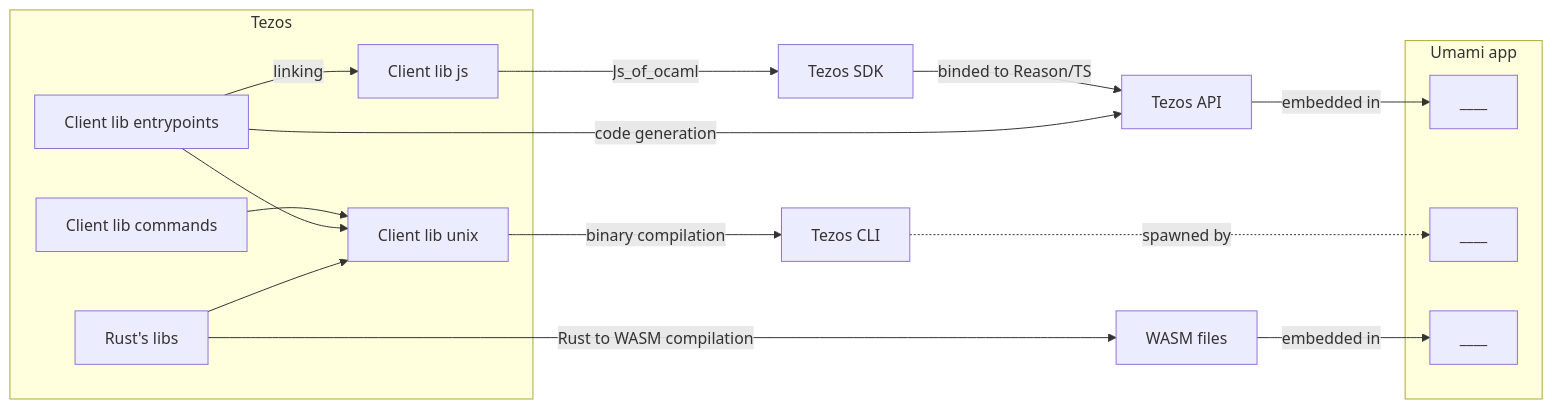
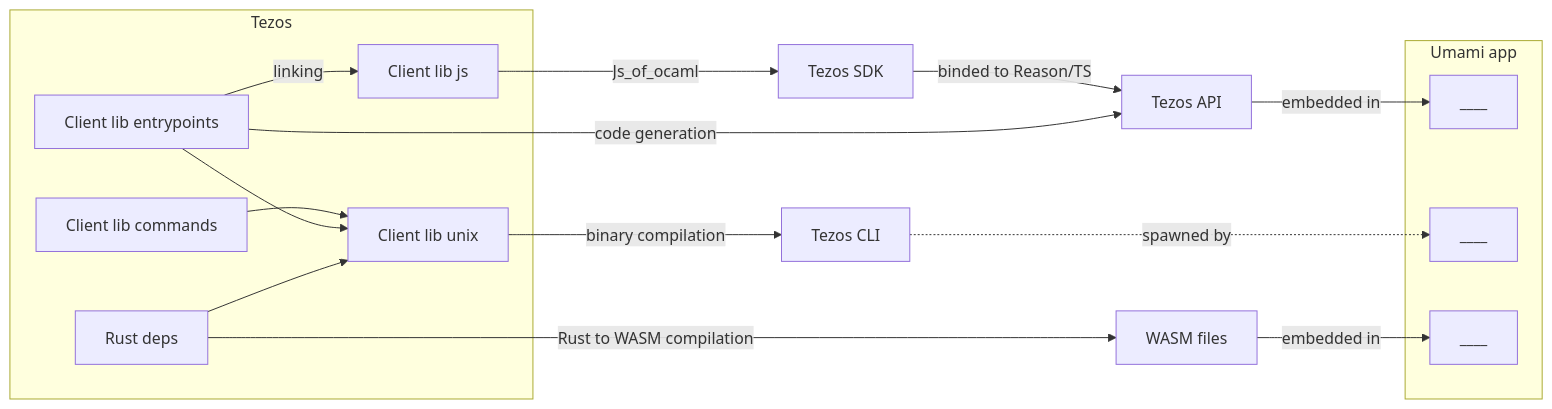
Before and after one commit to trilitech/umami-v1: the first of 2 diagrams in docs/specs/compilation-schema.md, drawn with Mermaid. The commit also changed other lines of this file and 1 other file, not shown here.

````diff
--- a/docs/specs/compilation-schema.md
+++ b/docs/specs/compilation-schema.md
@@ -1,23 +3,23 @@
 ```mermaid
 graph LR
   subgraph "Umami app"
   Node11[____]
   Node12[____]
   Node13[____]
   end
 
   subgraph "Tezos"
   Node1[Client lib entrypoints] -- linking --> Node3[Client lib js]
   Node2[Client lib commands] --> Node4
   Node1 --> Node4[Client lib unix]
-  Node5[Rust's libs] --> Node4
+  Node5[Rust deps] --> Node4
   end
   Node5 -- Rust to WASM compilation --> Node6[WASM files]
   Node4 -- binary compilation --> Node8
   Node8[Tezos CLI] -. spawned by .-> Node12
   Node6 -- embedded in --> Node13
   Node3 -- Js_of_ocaml --> Node9[Tezos SDK]
   Node9 -- binded to Reason/TS --> Node10
   Node10[Tezos API] -- embedded in --> Node11
   Node1 -- code generation --> Node10
 ```
````
